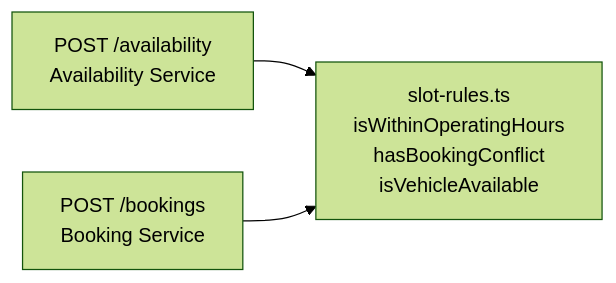
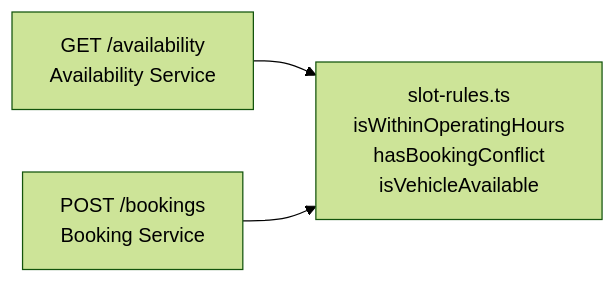
The third of 3 diagrams in docs/lld.md (PrabhuKathiresan/nevo-test-drive-service), drawn with Mermaid (forest theme) before and after one commit. The commit also changed other lines of this file and 4 other files, not shown here.

Commit message:
docs: update all docs to reflect GET availability and backend vehicle assignment

````diff
--- a/docs/lld.md
+++ b/docs/lld.md
@@ -76,5 +79,5 @@
 ```mermaid
 flowchart LR
-    A["POST /availability\nAvailability Service"] --> SR["slot-rules.ts\nisWithinOperatingHours\nhasBookingConflict\nisVehicleAvailable"]
+    A["GET /availability\nAvailability Service"] --> SR["slot-rules.ts\nisWithinOperatingHours\nhasBookingConflict\nisVehicleAvailable"]
     B["POST /bookings\nBooking Service"] --> SR
 ```
````
